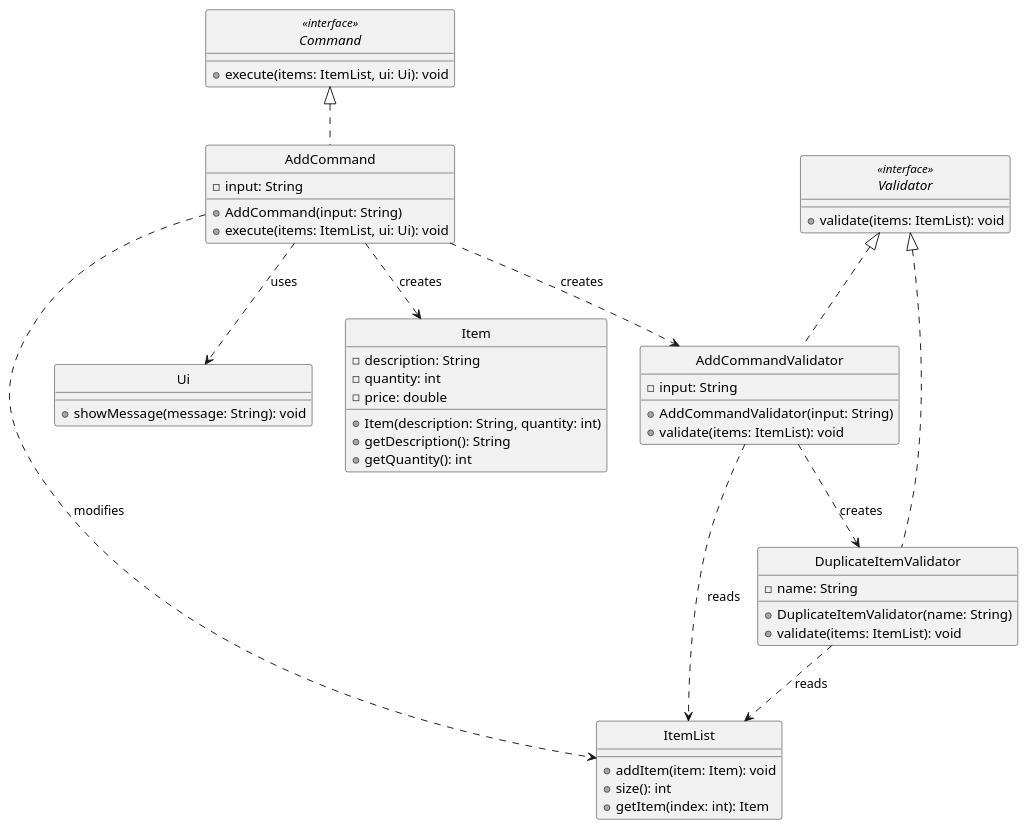
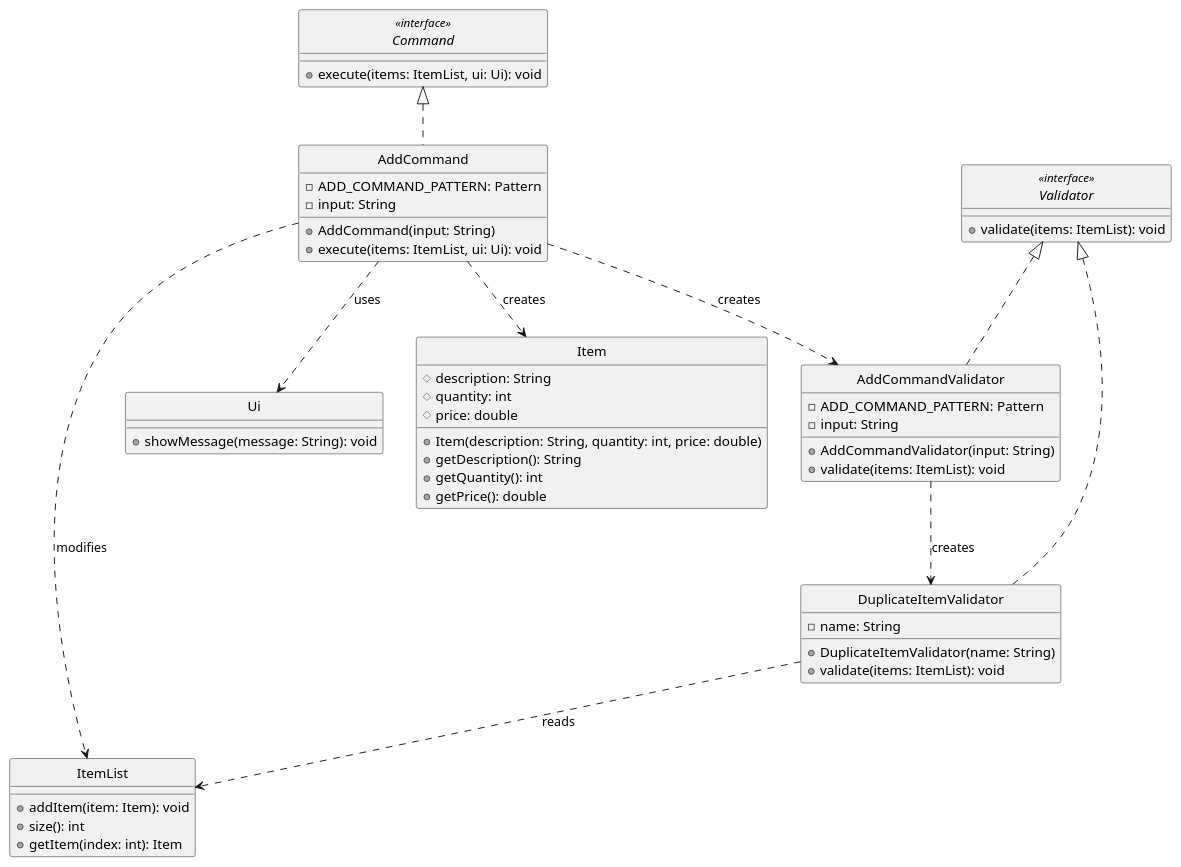
One commit to fmohamedfaras/tp changed the diagram in docs/diagrams/AddCommandClassDiagram.puml. Above: the diagram before and after it, drawn with PlantUML. The commit also changed 12 other files, not shown here.

Commit message:
feat: price support in add item command

```diff
--- a/docs/diagrams/AddCommandClassDiagram.puml
+++ b/docs/diagrams/AddCommandClassDiagram.puml
@@ -1,63 +1,65 @@
 @startuml
 skinparam monochrome true
 skinparam shadowing false
 hide circle
 
 interface Command <<interface>> {
     + execute(items: ItemList, ui: Ui): void
 }
 
 class AddCommand {
+    - ADD_COMMAND_PATTERN: Pattern
     - input: String
     + AddCommand(input: String)
     + execute(items: ItemList, ui: Ui): void
 }
 
 interface Validator <<interface>> {
     + validate(items: ItemList): void
 }
 
 class AddCommandValidator {
+    - ADD_COMMAND_PATTERN: Pattern
     - input: String
     + AddCommandValidator(input: String)
     + validate(items: ItemList): void
 }
 
 class DuplicateItemValidator {
     - name: String
     + DuplicateItemValidator(name: String)
     + validate(items: ItemList): void
 }
 
 class Item {
-    - description: String
-    - quantity: int
-    - price: double
-    + Item(description: String, quantity: int)
+    # description: String
+    # quantity: int
+    # price: double
+    + Item(description: String, quantity: int, price: double)
     + getDescription(): String
     + getQuantity(): int
+    + getPrice(): double
 }
 
 class ItemList {
     + addItem(item: Item): void
     + size(): int
     + getItem(index: int): Item
 }
 
 class Ui {
     + showMessage(message: String): void
 }
 
 Command <|.. AddCommand
 Validator <|.. AddCommandValidator
 Validator <|.. DuplicateItemValidator
 
 AddCommand ..> AddCommandValidator : creates
 AddCommand ..> Item : creates
 AddCommand ..> ItemList : modifies
 AddCommand ..> Ui : uses
 AddCommandValidator ..> DuplicateItemValidator : creates
-AddCommandValidator ..> ItemList : reads
 DuplicateItemValidator ..> ItemList : reads
 
 @enduml
```
